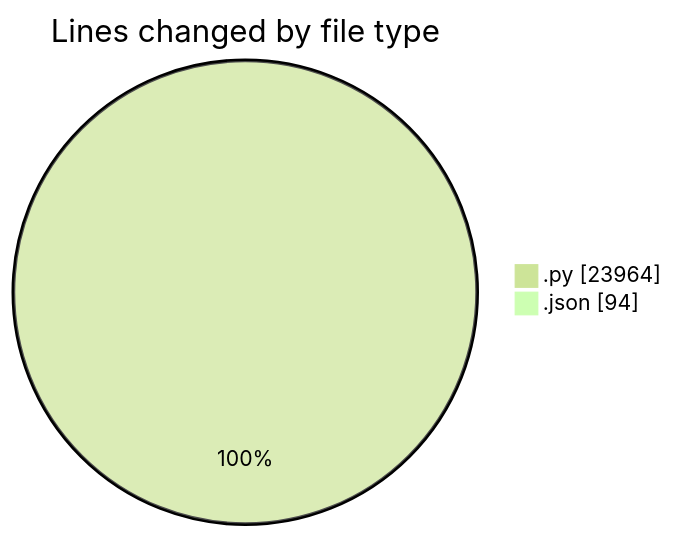
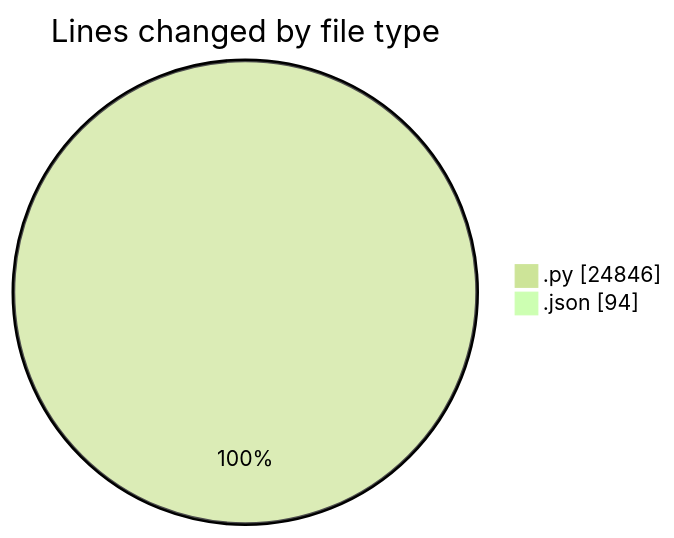
One commit to jrari/code-tracking changed the first of 2 diagrams in 2025-07-14/telebot/README.md. Above: the diagram before and after it, drawn with Mermaid (forest theme). The commit also changed other lines of this file and 1 other file, not shown here.

````diff
--- a/2025-07-14/telebot/README.md
+++ b/2025-07-14/telebot/README.md
@@ -48,6 +49,6 @@
 ```mermaid
 pie showData
 title Lines changed by file type
-".py" : 23964
+".py" : 24846
 ".json" : 94
 ```
````
